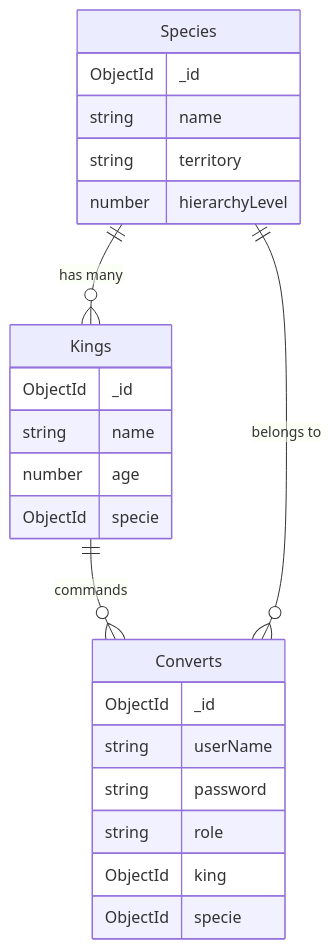
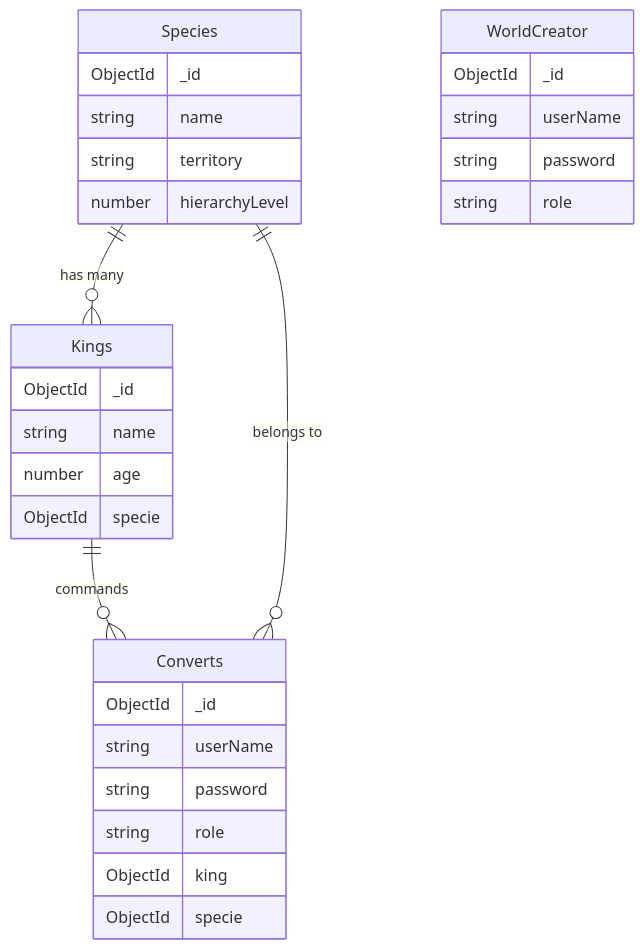
Before and after one commit to AleixSu/Project07.API_REST_AUTH: the diagram in README.md, drawn with Mermaid. The commit also changed other lines of this file and 10 other files, not shown here.

````diff
--- a/README.md
+++ b/README.md
@@ -142,29 +168,36 @@
 ```mermaid
 erDiagram
     Species {
         ObjectId _id
         string name
         string territory
         number hierarchyLevel
     }
 
     Kings {
         ObjectId _id
         string name
         number age
         ObjectId specie
     }
 
     Converts {
         ObjectId _id
         string userName
         string password
         string role
         ObjectId king
         ObjectId specie
     }
 
+    WorldCreator {
+        ObjectId _id
+        string userName
+        string password
+        string role
+    }
+
     Species ||--o{ Kings: "has many"
     Kings ||--o{ Converts : "commands"
     Species ||--o{ Converts : "belongs to"
 ```
````
